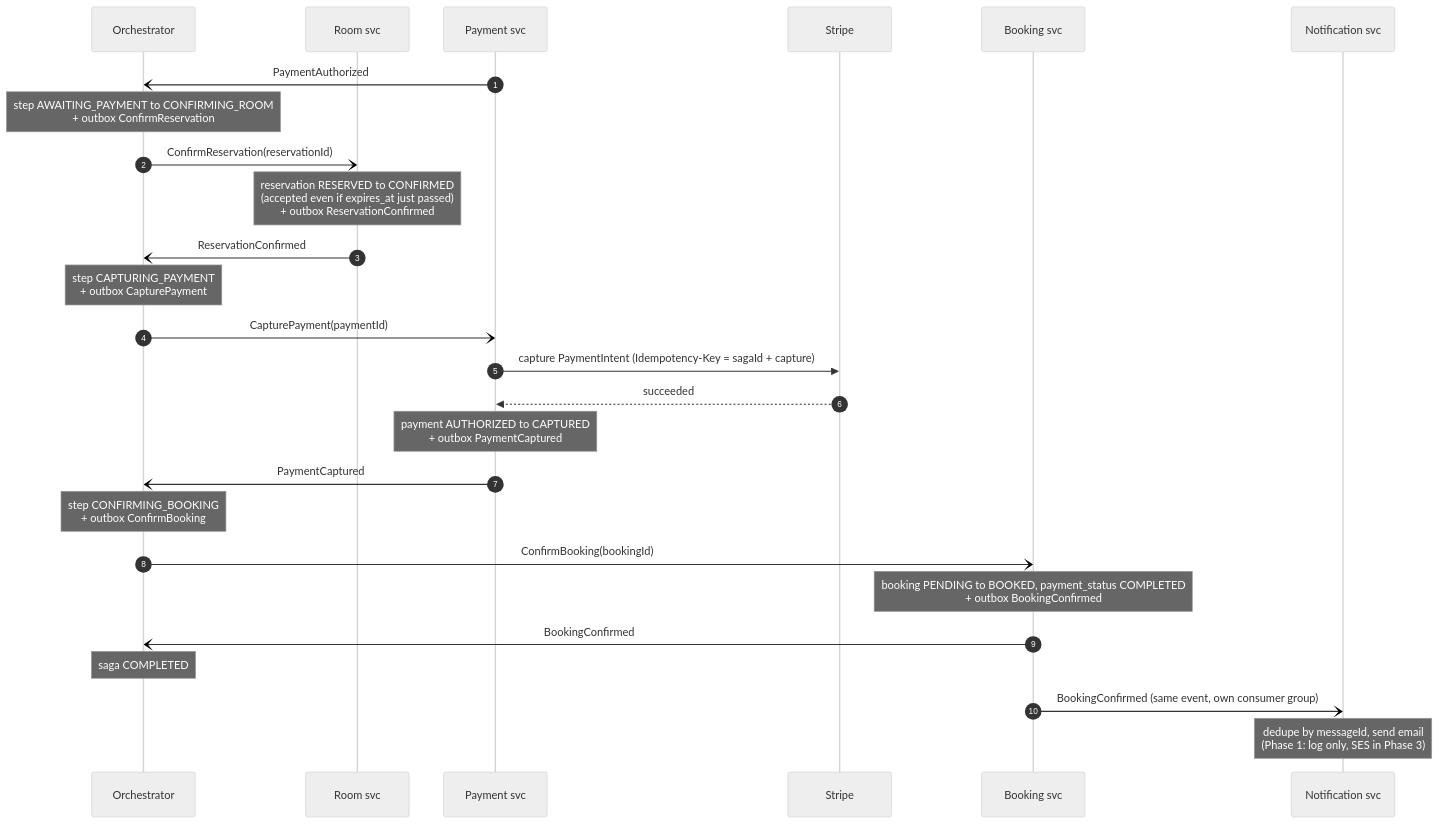
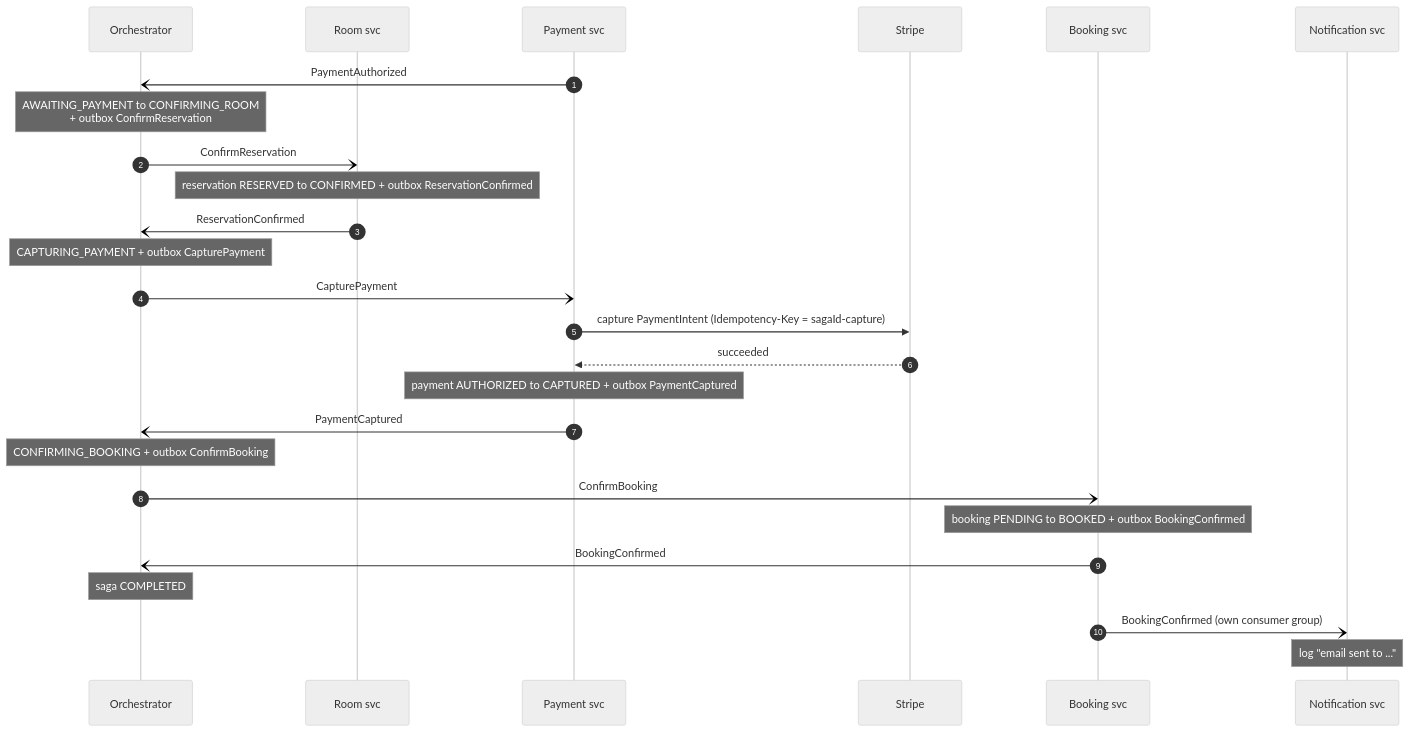
Before and after one commit to TranQuangPhong/hotel-booking-hexagon: the third of 5 diagrams in doc/uc1-create-booking/flows.md, drawn with Mermaid (neutral theme). The commit also changed other lines of this file and 12 other files, not shown here.

````diff
--- a/doc/uc1-create-booking/flows.md
+++ b/doc/uc1-create-booking/flows.md
@@ -109,29 +83,29 @@
 ```mermaid
 sequenceDiagram
     autonumber
     participant O as Orchestrator
     participant R as Room svc
     participant P as Payment svc
     participant S as Stripe
     participant B as Booking svc
     participant N as Notification svc
 
     P-)O: PaymentAuthorized
-    Note over O: step AWAITING_PAYMENT to CONFIRMING_ROOM<br/>+ outbox ConfirmReservation
-    O-)R: ConfirmReservation(reservationId)
-    Note over R: reservation RESERVED to CONFIRMED<br/>(accepted even if expires_at just passed)<br/>+ outbox ReservationConfirmed
+    Note over O: AWAITING_PAYMENT to CONFIRMING_ROOM<br/>+ outbox ConfirmReservation
+    O-)R: ConfirmReservation
+    Note over R: reservation RESERVED to CONFIRMED + outbox ReservationConfirmed
     R-)O: ReservationConfirmed
-    Note over O: step CAPTURING_PAYMENT<br/>+ outbox CapturePayment
-    O-)P: CapturePayment(paymentId)
-    P->>S: capture PaymentIntent (Idempotency-Key = sagaId + capture)
+    Note over O: CAPTURING_PAYMENT + outbox CapturePayment
+    O-)P: CapturePayment
+    P->>S: capture PaymentIntent (Idempotency-Key = sagaId-capture)
     S-->>P: succeeded
-    Note over P: payment AUTHORIZED to CAPTURED<br/>+ outbox PaymentCaptured
+    Note over P: payment AUTHORIZED to CAPTURED + outbox PaymentCaptured
     P-)O: PaymentCaptured
-    Note over O: step CONFIRMING_BOOKING<br/>+ outbox ConfirmBooking
-    O-)B: ConfirmBooking(bookingId)
-    Note over B: booking PENDING to BOOKED, payment_status COMPLETED<br/>+ outbox BookingConfirmed
+    Note over O: CONFIRMING_BOOKING + outbox ConfirmBooking
+    O-)B: ConfirmBooking
+    Note over B: booking PENDING to BOOKED + outbox BookingConfirmed
     B-)O: BookingConfirmed
     Note over O: saga COMPLETED
-    B-)N: BookingConfirmed (same event, own consumer group)
-    Note over N: dedupe by messageId, send email<br/>(Phase 1: log only, SES in Phase 3)
+    B-)N: BookingConfirmed (own consumer group)
+    Note over N: log "email sent to ..."
 ```
````
